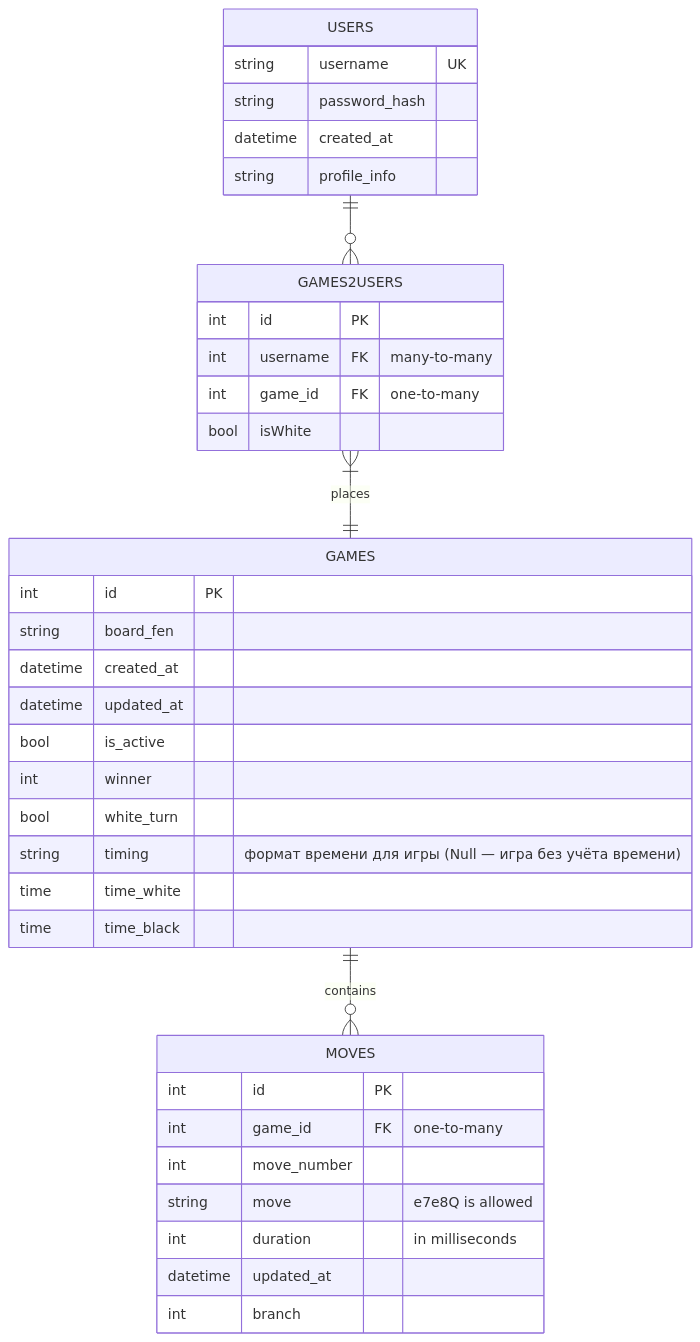
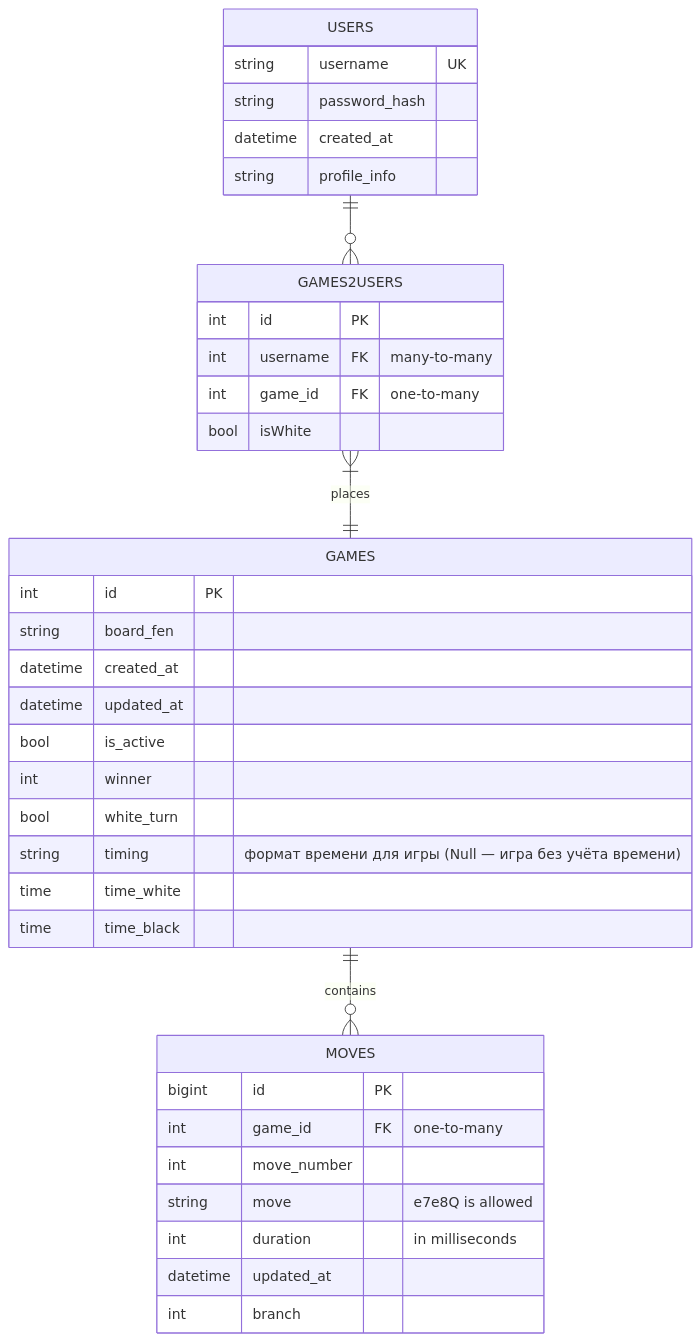
The diagram in docs/database.md (sadmadrus/chessBox), drawn with Mermaid before and after one commit. The commit also changed other lines of this file, not shown here.

Commit message:
change moves id from int to bigint; incoming parameters for Get-requests are from url

````diff
--- a/docs/database.md
+++ b/docs/database.md
@@ -8,39 +9,39 @@
 ```mermaid
 erDiagram
   USERS ||--o{ GAMES2USERS : ""
   GAMES2USERS }|--|| GAMES : places
   GAMES ||--o{ MOVES : contains
   MOVES {
-    int id PK
+    bigint id PK
     int game_id FK "one-to-many"
     int move_number
     string move "e7e8Q is allowed"
     int duration "in milliseconds"
     datetime updated_at
     int branch
   }
   GAMES {
     int id PK
     string board_fen
     datetime created_at
     datetime updated_at
     bool is_active
     int winner
     bool white_turn
     string timing "формат времени для игры (Null — игра без учёта времени)"
     time time_white
     time time_black
   }
   GAMES2USERS {
      int id PK
      int username FK "many-to-many"
      int game_id FK "one-to-many"
      bool isWhite
    }
   USERS {
     string username UK
     string password_hash
     datetime created_at
     string profile_info
   }
 ```
````
